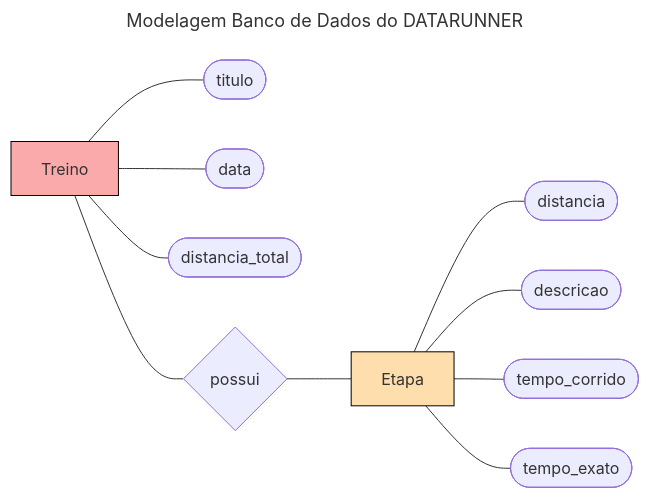
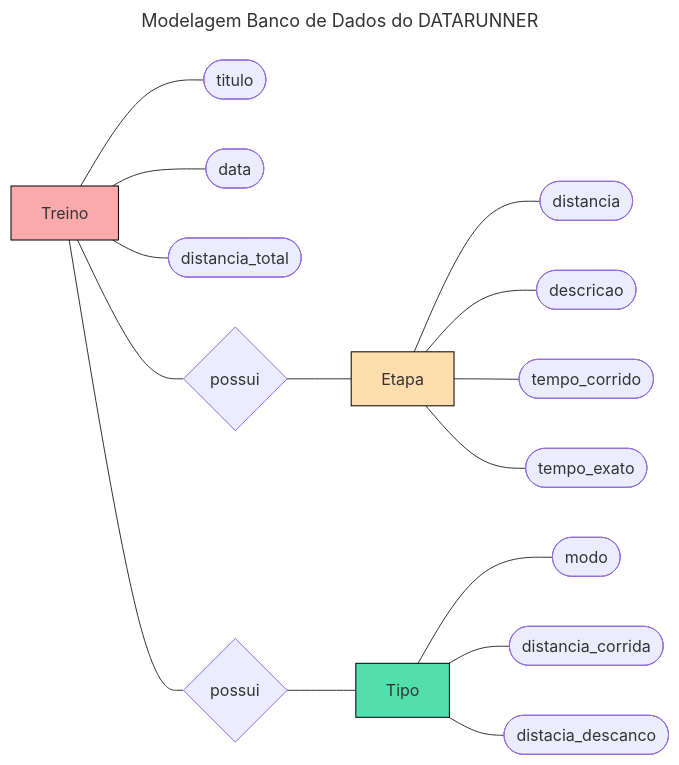
The diagram in backend/backend.md (CarlosG18/datarunner), drawn with Mermaid before and after one commit. The commit also changed other lines of this file and 15 other files, not shown here.

````diff
--- a/backend/backend.md
+++ b/backend/backend.md
@@ -50,35 +51,47 @@
 ```mermaid
 ---
 title: Modelagem Banco de Dados do DATARUNNER
 ---
 flowchart LR
     Treino
     titulo([titulo])
     data([data])
     distancia_total([distancia_total])
     
     Treino --- titulo
     Treino --- data
     Treino --- distancia_total
 
     Etapa
     distancia([distancia])
     descricao([descricao])
     tempo_corrido([tempo_corrido])
     tempo_exato([tempo_exato])
 
     Etapa --- distancia
     Etapa --- descricao
-
-    
     Etapa --- tempo_corrido
     Etapa --- tempo_exato
 
+    Tipo
+    modo([modo])
+    distancia_corrida([distancia_corrida])
+    distacia_descanco([distacia_descanco])
+
+    Tipo --- modo
+    Tipo --- distancia_corrida
+    Tipo --- distacia_descanco
+
     style Treino fill:#FAAAAA,stroke:#000,stroke-width:1px
     style Etapa fill:#FFDEAD,stroke:#000,stroke-width:1px
-    
+    style Tipo fill:#55DEAD,stroke:#000,stroke-width:1px
+
     relacionamento1{possui}
+    relacionamento2{possui}
     
     Treino --- relacionamento1
     relacionamento1 --- Etapa
+
+    Treino --- relacionamento2
+    relacionamento2 --- Tipo
 ```
````
